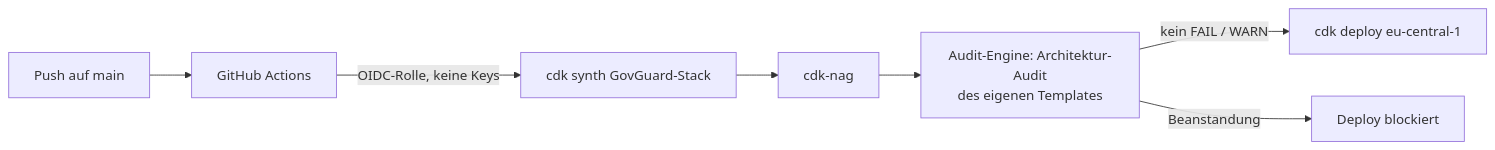
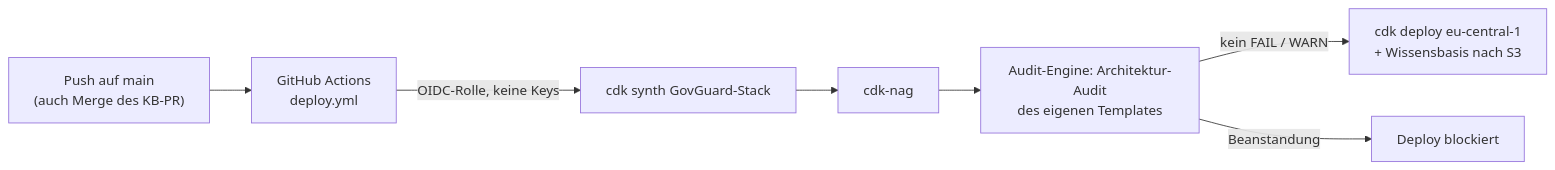
The third of 3 diagrams in docs/ARCHITECTURE.md (Daniel74/GovGuard), drawn with Mermaid before and after one commit. The commit also changed other lines of this file and 1 other file, not shown here.

````diff
--- a/docs/ARCHITECTURE.md
+++ b/docs/ARCHITECTURE.md
@@ -188,9 +190,9 @@
 ```mermaid
 flowchart LR
-  Push["Push auf main"] --> GA["GitHub Actions"]
+  Push["Push auf main<br/>(auch Merge des KB-PR)"] --> GA["GitHub Actions<br/>deploy.yml"]
   GA -->|"OIDC-Rolle, keine Keys"| Synth["cdk synth GovGuard-Stack"]
   Synth --> Nag["cdk-nag"]
   Nag --> Self["Audit-Engine: Architektur-Audit<br/>des eigenen Templates"]
-  Self -->|"kein FAIL / WARN"| Deploy["cdk deploy eu-central-1"]
+  Self -->|"kein FAIL / WARN"| Deploy["cdk deploy eu-central-1<br/>+ Wissensbasis nach S3"]
   Self -->|Beanstandung| Stop["Deploy blockiert"]
 ```
````
